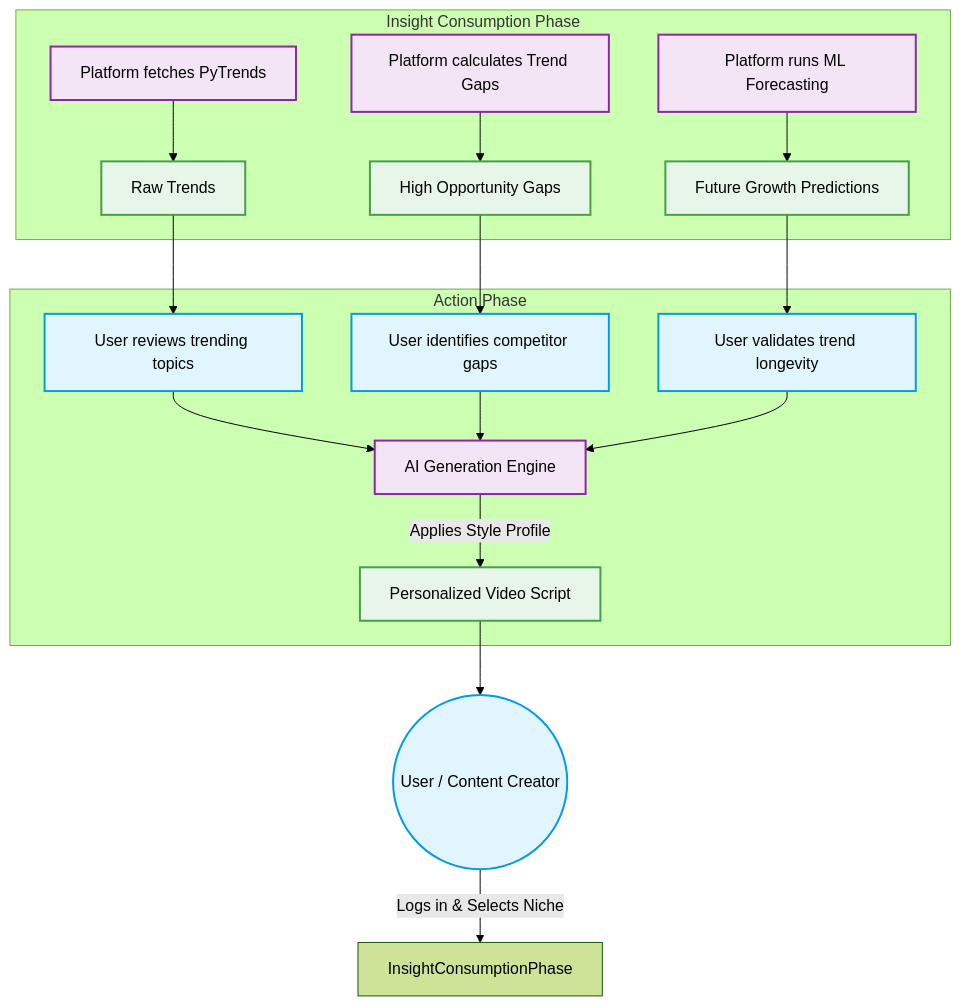
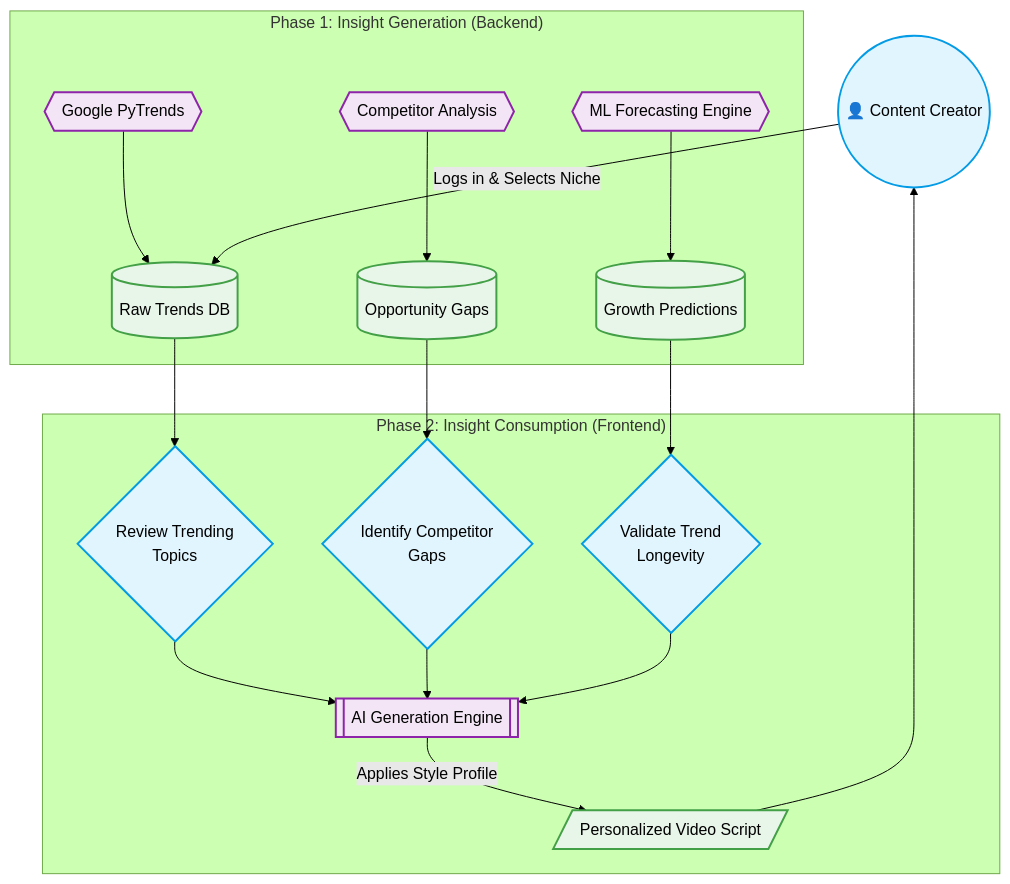
One commit to eimun/Trendora changed the diagram in docs/Consumer_Flow.md. Above: the diagram before and after it, drawn with Mermaid (forest theme). The commit also changed other lines of this file and 2 other files, not shown here.

Commit message:
docs: use explicit shapes for user, consumer, and data flow diagrams

````diff
--- a/docs/Consumer_Flow.md
+++ b/docs/Consumer_Flow.md
@@ -5,44 +5,44 @@
 ```mermaid
-graph TD
+flowchart TD
     classDef user fill:#e1f5fe,stroke:#039be5,stroke-width:2px;
     classDef platform fill:#f3e5f5,stroke:#8e24aa,stroke-width:2px;
     classDef insight fill:#e8f5e9,stroke:#43a047,stroke-width:2px;
 
-    U((User / Content Creator)):::user
+    U((👤 Content Creator)):::user
     
-    subgraph "Insight Consumption Phase"
-        T[Platform fetches PyTrends]:::platform
-        G[Platform calculates Trend Gaps]:::platform
-        P[Platform runs ML Forecasting]:::platform
+    subgraph "Phase 1: Insight Generation (Backend)"
+        T{{Google PyTrends}}:::platform
+        G{{Competitor Analysis}}:::platform
+        P{{ML Forecasting Engine}}:::platform
         
-        I1[Raw Trends]:::insight
-        I2[High Opportunity Gaps]:::insight
-        I3[Future Growth Predictions]:::insight
+        I1[(Raw Trends DB)]:::insight
+        I2[(Opportunity Gaps)]:::insight
+        I3[(Growth Predictions)]:::insight
         
         T --> I1
         G --> I2
         P --> I3
     end
     
-    subgraph "Action Phase"
-        A1[User reviews trending topics]:::user
-        A2[User identifies competitor gaps]:::user
-        A3[User validates trend longevity]:::user
+    subgraph "Phase 2: Insight Consumption (Frontend)"
+        A1{Review Trending<br/>Topics}:::user
+        A2{Identify Competitor<br/>Gaps}:::user
+        A3{Validate Trend<br/>Longevity}:::user
         
-        GEN[AI Generation Engine]:::platform
-        OUT[Personalized Video Script]:::insight
+        GEN[[AI Generation Engine]]:::platform
+        OUT[/Personalized Video Script/]:::insight
     end
     
-    U -->|Logs in & Selects Niche| InsightConsumptionPhase
+    U -->|Logs in & Selects Niche| I1
     
     I1 --> A1
     I2 --> A2
     I3 --> A3
     
     A1 --> GEN
     A2 --> GEN
     A3 --> GEN
     
     GEN -->|Applies Style Profile| OUT
     OUT --> U
 ```
````
